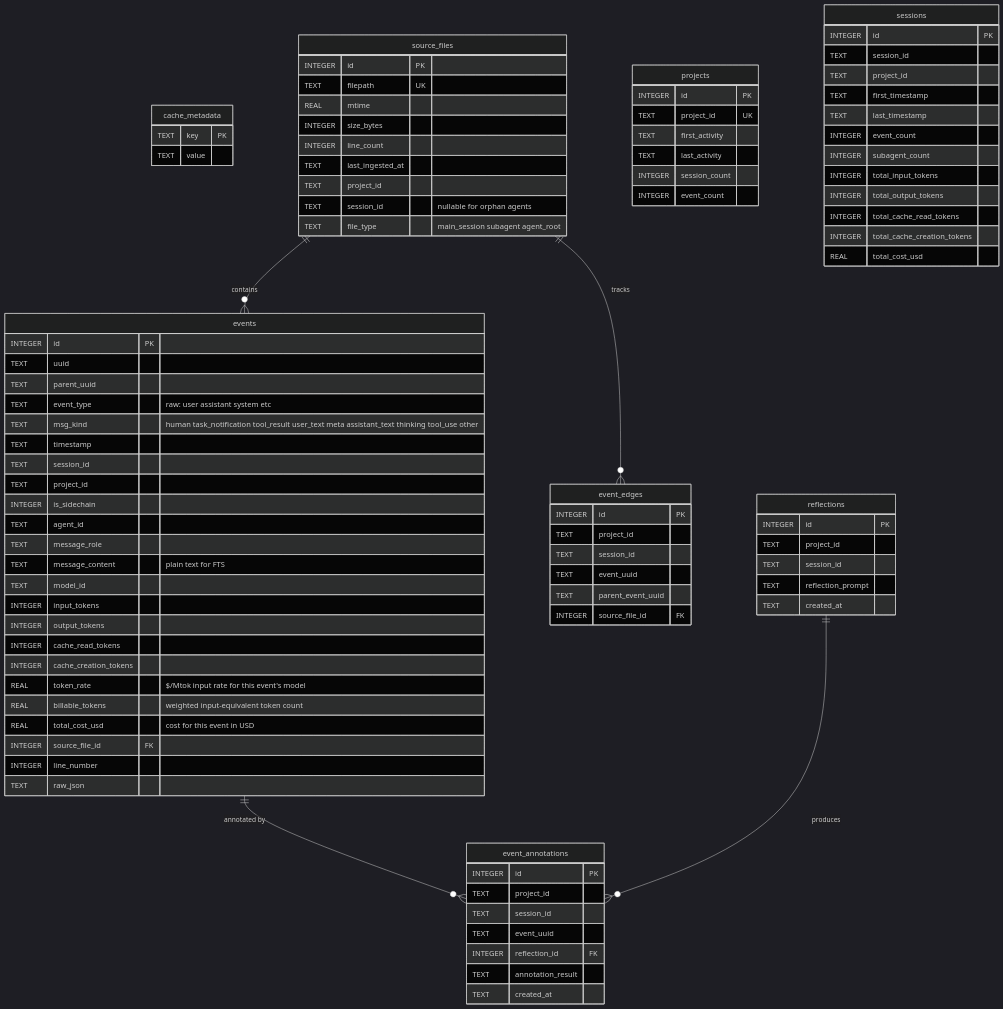
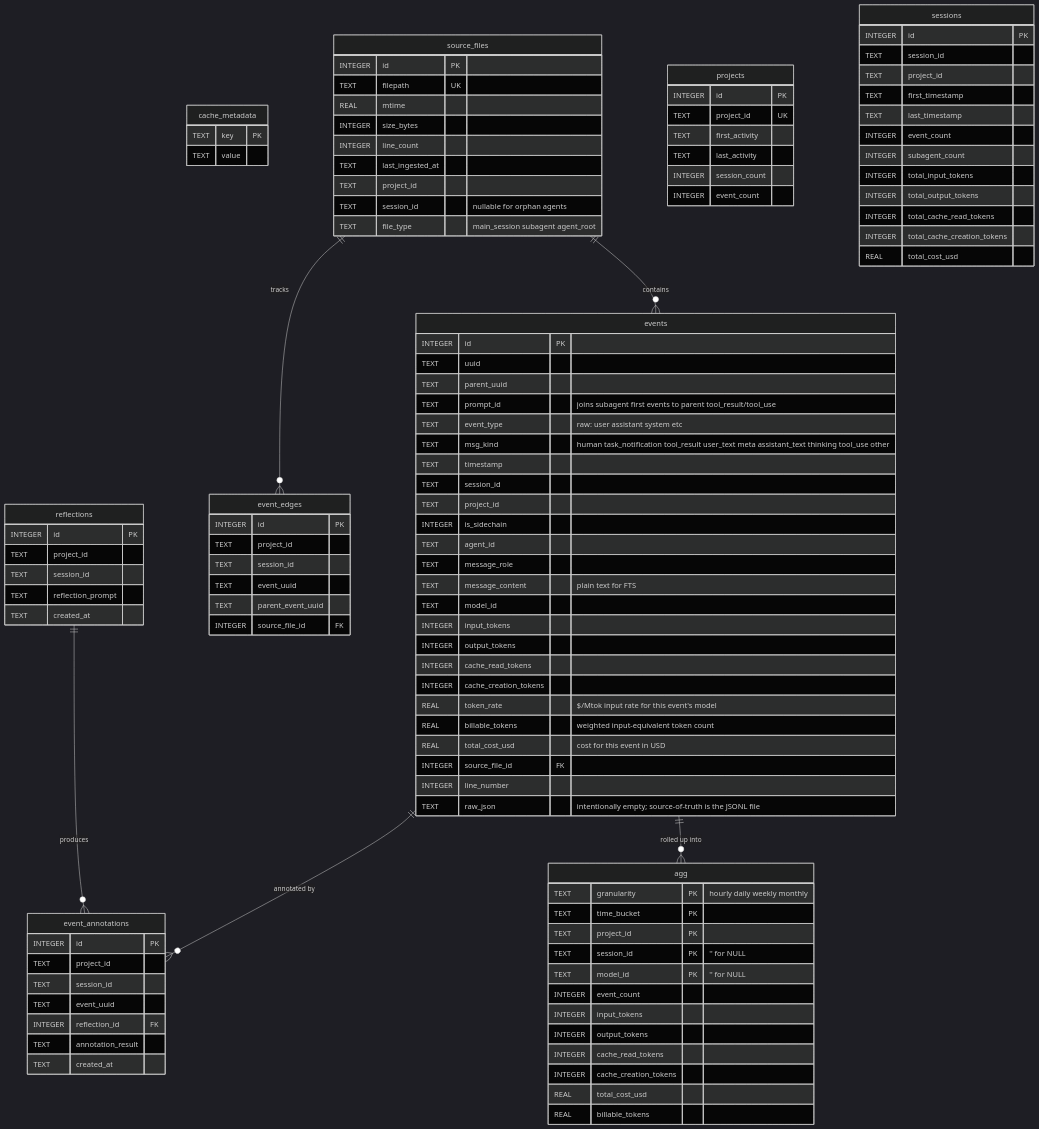
The diagram in skills/introspect/resources/cache.md (neozenith/agentic-dotfiles), drawn with Mermaid (dark theme) before and after one commit. The commit also changed other lines of this file and 1 other file, not shown here.

````diff
--- a/skills/introspect/resources/cache.md
+++ b/skills/introspect/resources/cache.md
@@ -82,6 +82,7 @@
         INTEGER id PK
         TEXT uuid
         TEXT parent_uuid
+        TEXT prompt_id "joins subagent first events to parent tool_result/tool_use"
         TEXT event_type "raw: user assistant system etc"
         TEXT msg_kind "human task_notification tool_result user_text meta assistant_text thinking tool_use other"
         TEXT timestamp
@@ -101,7 +102,7 @@
         REAL total_cost_usd "cost for this event in USD"
         INTEGER source_file_id FK
         INTEGER line_number
-        TEXT raw_json
+        TEXT raw_json "intentionally empty; source-of-truth is the JSONL file"
     }
 
     event_edges {
@@ -131,8 +132,24 @@
         TEXT created_at
     }
 
+    agg {
+        TEXT granularity PK "hourly daily weekly monthly"
+        TEXT time_bucket PK
+        TEXT project_id PK
+        TEXT session_id PK "'' for NULL"
+        TEXT model_id PK "'' for NULL"
+        INTEGER event_count
+        INTEGER input_tokens
+        INTEGER output_tokens
+        INTEGER cache_read_tokens
+        INTEGER cache_creation_tokens
+        REAL total_cost_usd
+        REAL billable_tokens
+    }
+
     source_files ||--o{ events : "contains"
     source_files ||--o{ event_edges : "tracks"
     events ||--o{ event_annotations : "annotated by"
     reflections ||--o{ event_annotations : "produces"
+    events ||--o{ agg : "rolled up into"
 ```
````
